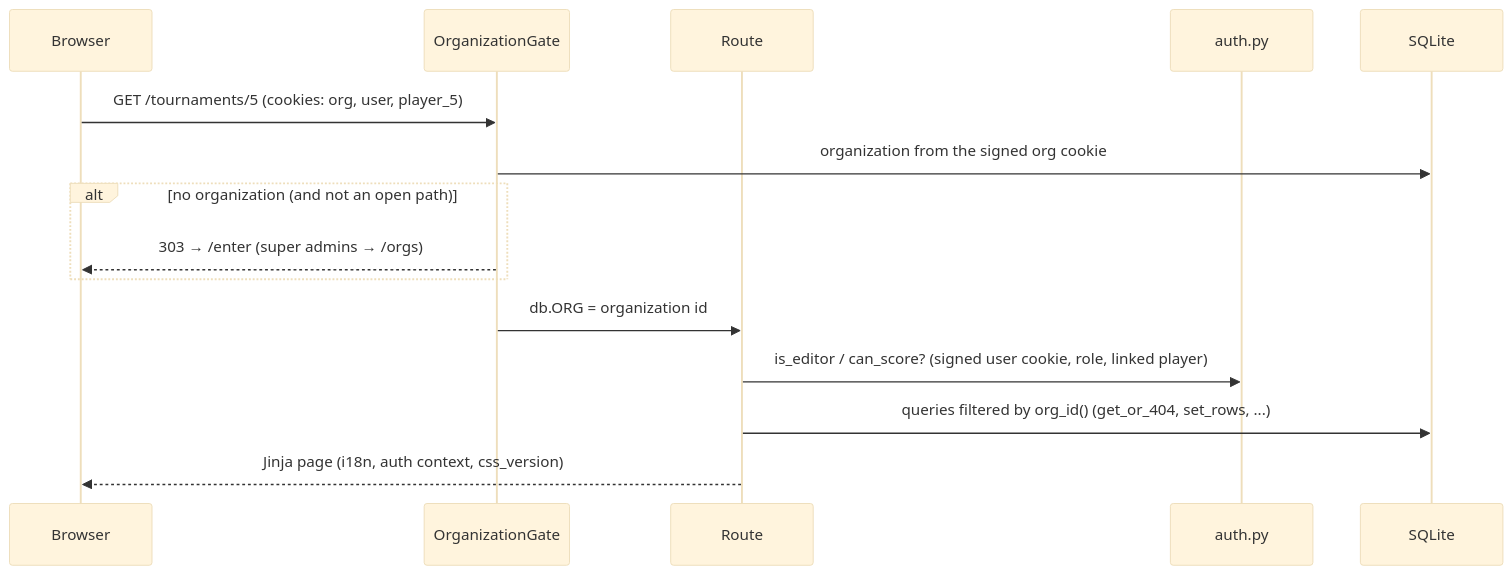
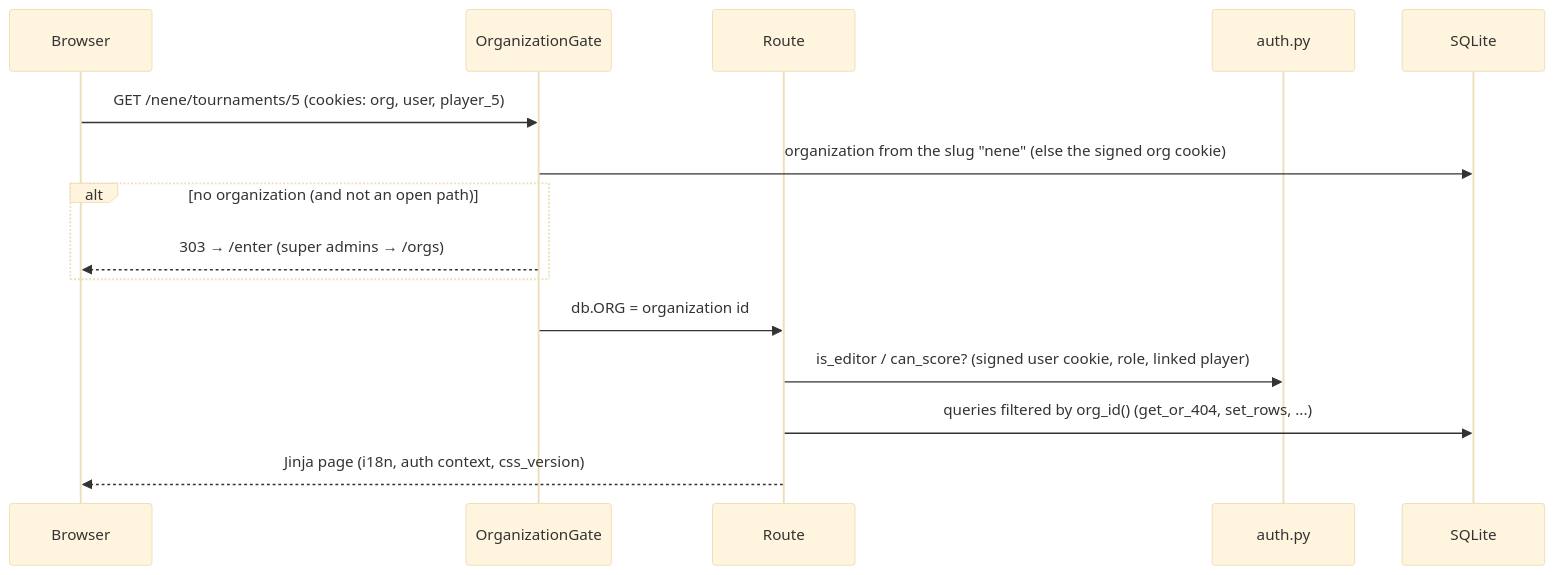
The second of 5 diagrams in docs/processes/ARCHITECTURE.md (Sorrycion/PadelScore), drawn with Mermaid (base theme) before and after one commit. The commit also changed other lines of this file and 8 other files, not shown here.

First line of the commit message:
Organization URLs: /<slug>/... (/nene/tournaments/4)

````diff
--- a/docs/processes/ARCHITECTURE.md
+++ b/docs/processes/ARCHITECTURE.md
@@ -36,17 +36,17 @@
 ```mermaid
 sequenceDiagram
     participant B as Browser
     participant G as OrganizationGate
     participant R as Route
     participant A as auth.py
     participant D as SQLite
-    B->>G: GET /tournaments/5 (cookies: org, user, player_5)
-    G->>D: organization from the signed org cookie
+    B->>G: GET /nene/tournaments/5 (cookies: org, user, player_5)
+    G->>D: organization from the slug "nene" (else the signed org cookie)
     alt no organization (and not an open path)
         G-->>B: 303 → /enter (super admins → /orgs)
     end
     G->>R: db.ORG = organization id
     R->>A: is_editor / can_score? (signed user cookie, role, linked player)
     R->>D: queries filtered by org_id() (get_or_404, set_rows, ...)
     R-->>B: Jinja page (i18n, auth context, css_version)
 ```
````
